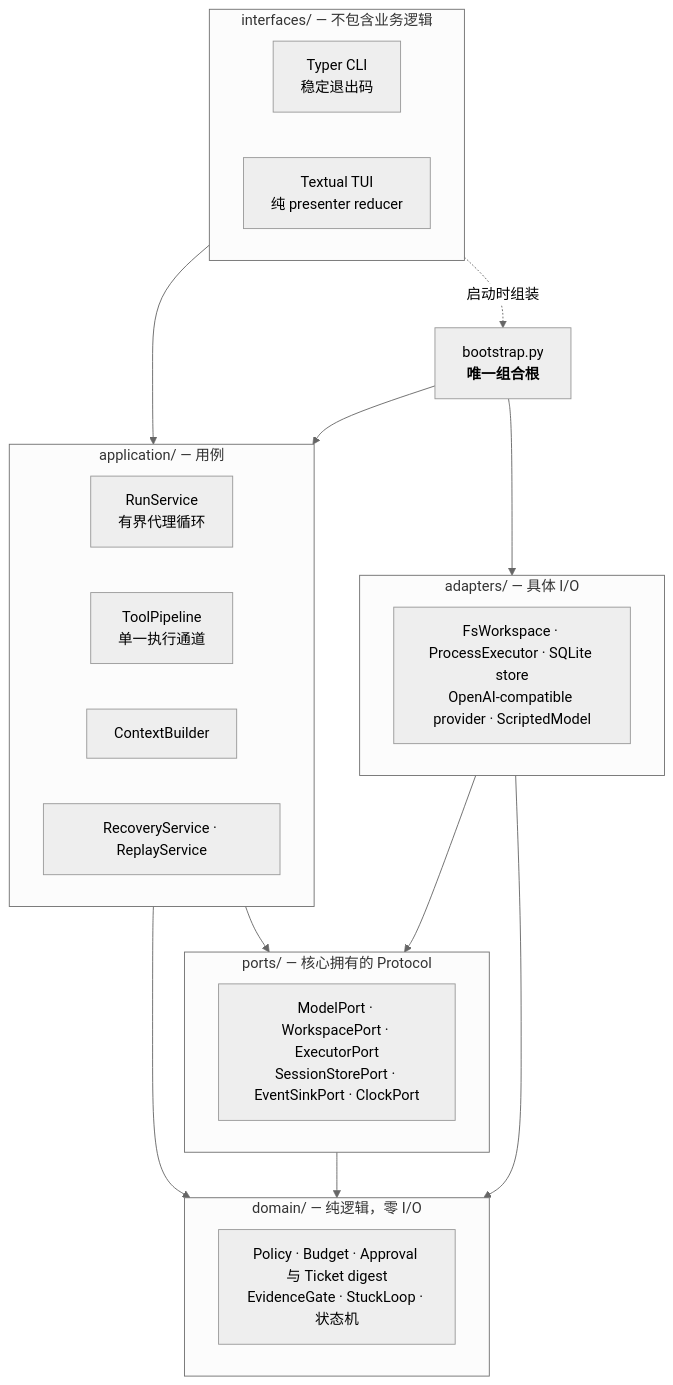
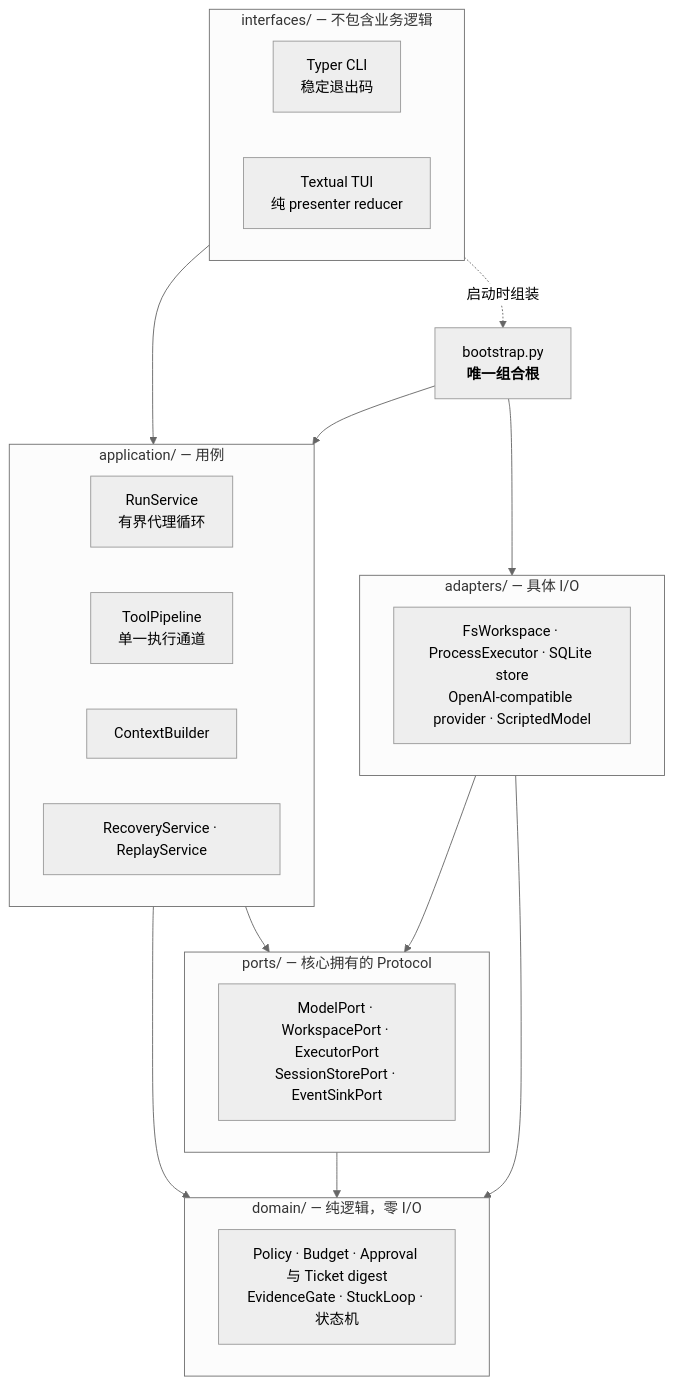
Before and after one commit to dyxnb22/Haven: the first of 3 diagrams in docs/ARCHITECTURE.zh-CN.md, drawn with Mermaid (neutral theme). The commit also changed other lines of this file and 47 other files, not shown here.

````diff
--- a/docs/ARCHITECTURE.zh-CN.md
+++ b/docs/ARCHITECTURE.zh-CN.md
@@ -11,38 +11,38 @@
 ```mermaid
 flowchart TB
     subgraph IF["interfaces/ — 不包含业务逻辑"]
         CLI["Typer CLI<br/>稳定退出码"]
         TUI["Textual TUI<br/>纯 presenter reducer"]
     end
 
     subgraph APP["application/ — 用例"]
         RS["RunService<br/>有界代理循环"]
         TP["ToolPipeline<br/>单一执行通道"]
         CB["ContextBuilder"]
         RC["RecoveryService · ReplayService"]
     end
 
     subgraph PORTS["ports/ — 核心拥有的 Protocol"]
-        PT["ModelPort · WorkspacePort · ExecutorPort<br/>SessionStorePort · EventSinkPort · ClockPort"]
+        PT["ModelPort · WorkspacePort · ExecutorPort<br/>SessionStorePort · EventSinkPort"]
     end
 
     subgraph DOM["domain/ — 纯逻辑，零 I/O"]
         DM["Policy · Budget · Approval 与 Ticket digest<br/>EvidenceGate · StuckLoop · 状态机"]
     end
 
     subgraph ADP["adapters/ — 具体 I/O"]
         AD["FsWorkspace · ProcessExecutor · SQLite store<br/>OpenAI-compatible provider · ScriptedModel"]
     end
 
     BOOT["bootstrap.py<br/><b>唯一组合根</b>"]
 
     IF --> APP
     IF -.->|"启动时组装"| BOOT
     APP --> DOM
     APP --> PORTS
     PORTS --> DOM
     BOOT --> APP
     BOOT --> ADP
     ADP --> PORTS
     ADP --> DOM
 ```
````
